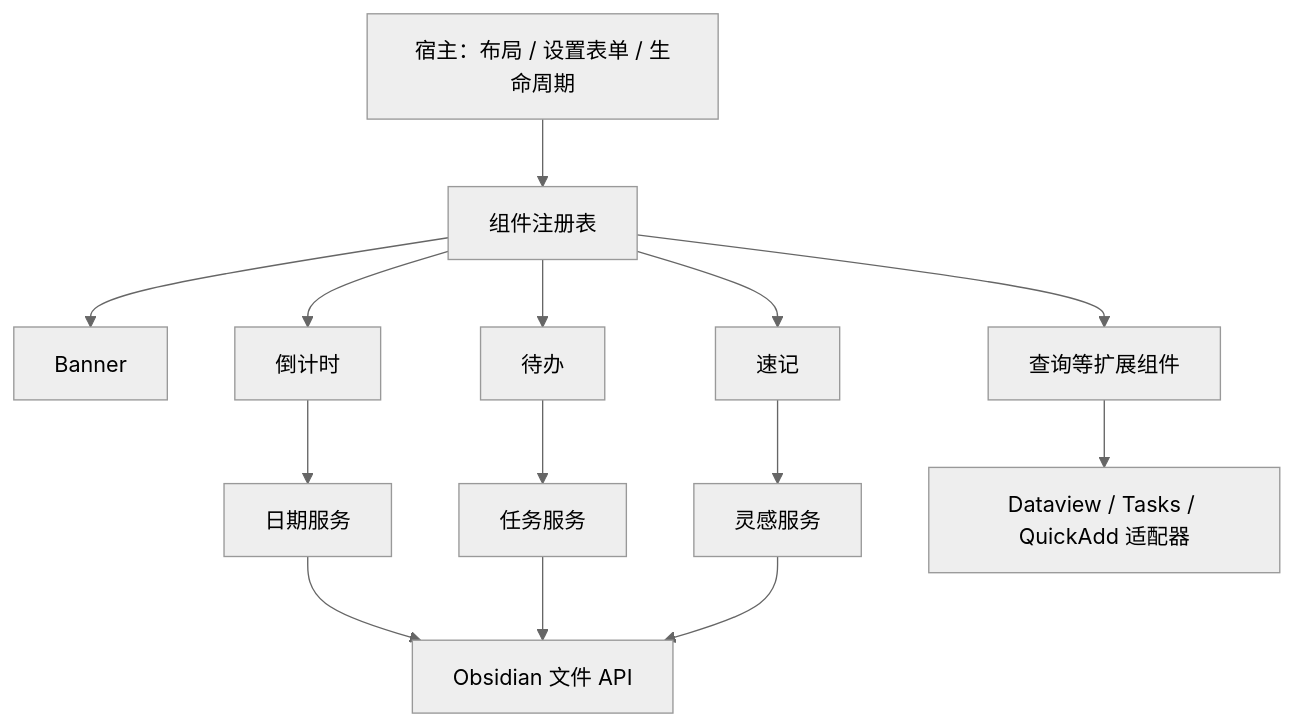
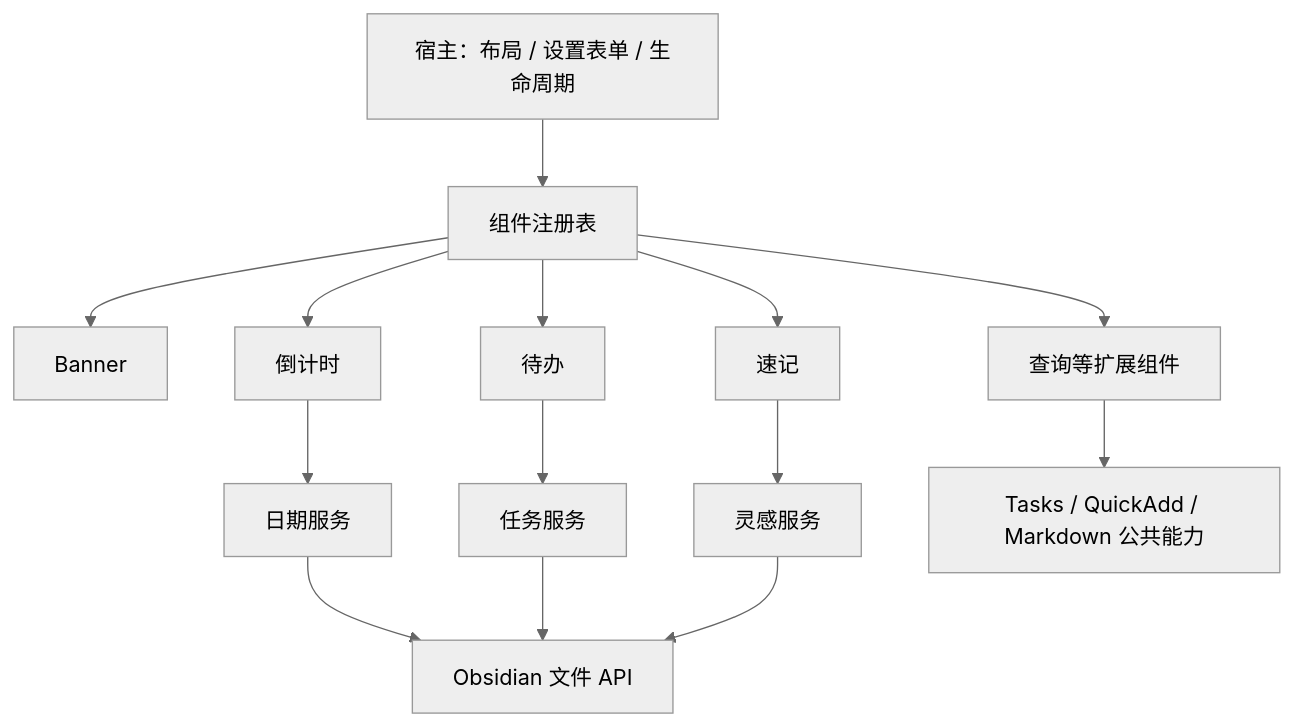
One commit to GuoXBQ-Q/MyObsidianPlugins changed the diagram in HomeWidgets/README.md. Above: the diagram before and after it, drawn with Mermaid (neutral theme). The commit also changed other lines of this file and 59 other files, not shown here.

````diff
--- a/HomeWidgets/README.md
+++ b/HomeWidgets/README.md
@@ -117,16 +112,16 @@
 ```mermaid
 flowchart TB
   Host[宿主：布局 / 设置表单 / 生命周期] --> Registry[组件注册表]
   Registry --> Banner[Banner]
   Registry --> Countdown[倒计时]
   Registry --> Tasks[待办]
   Registry --> Capture[速记]
   Registry --> Query[查询等扩展组件]
   Countdown --> Events[日期服务]
   Tasks --> TaskService[任务服务]
   Capture --> Ideas[灵感服务]
-  Query --> Adapters[Dataview / Tasks / QuickAdd 适配器]
+  Query --> Adapters[Tasks / QuickAdd / Markdown 公共能力]
   Events --> IO[Obsidian 文件 API]
   TaskService --> IO
   Ideas --> IO
 ```
````
